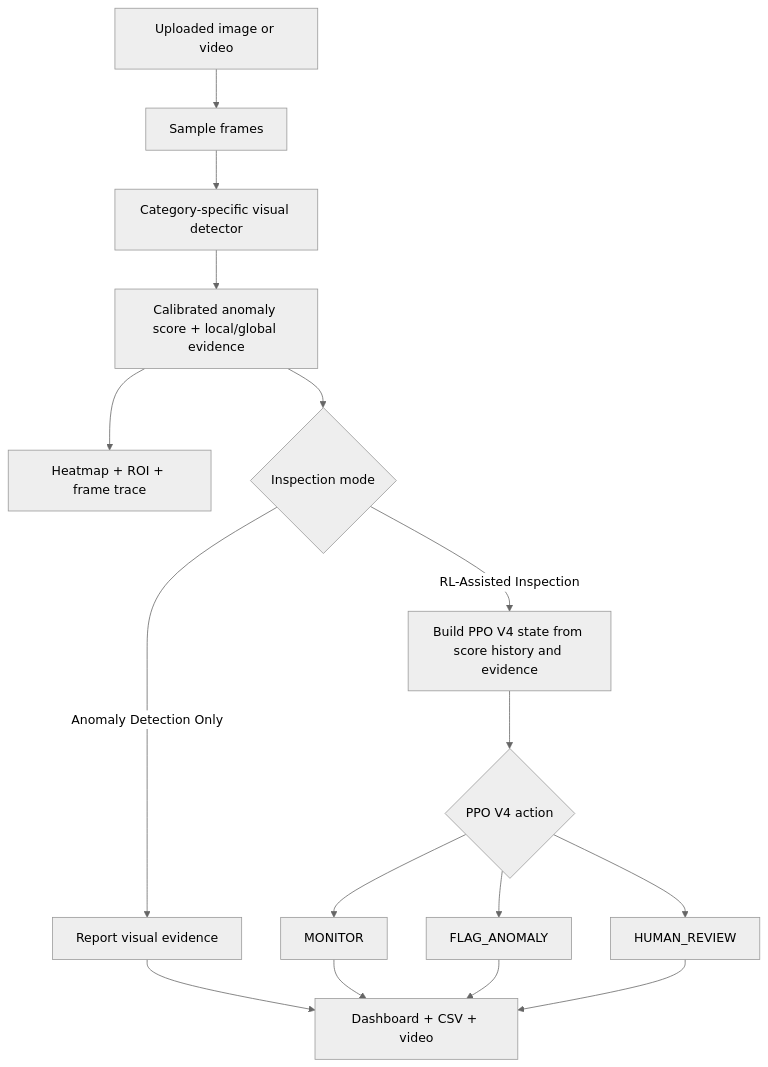
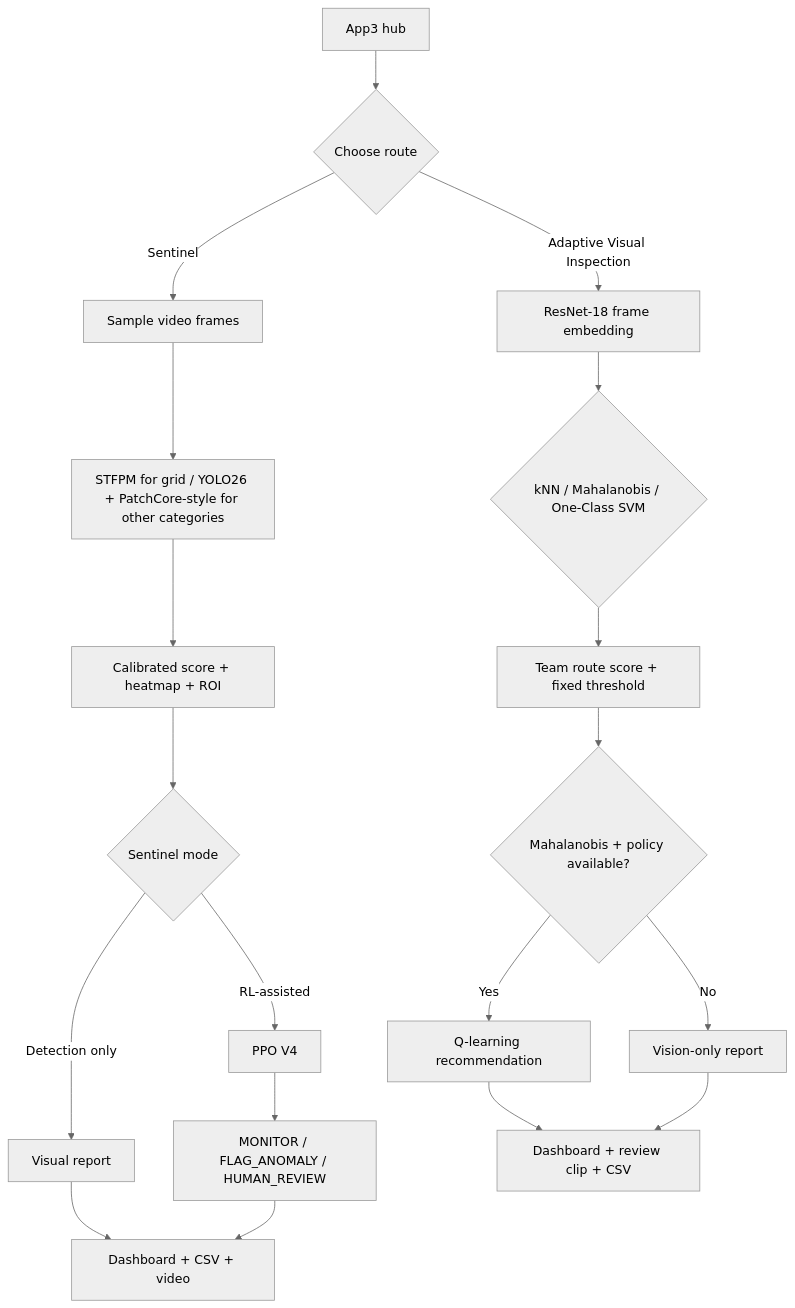
The diagram in README.md (Tej1109/IntegratedProjectSem3), drawn with Mermaid (neutral theme) before and after one commit. The commit also changed other lines of this file, not shown here.

````diff
--- a/README.md
+++ b/README.md
@@ -74,18 +107,21 @@
 ```mermaid
 flowchart TD
-    A[Uploaded image or video] --> B[Sample frames]
-    B --> C[Category-specific visual detector]
-    C --> D[Calibrated anomaly score + local/global evidence]
-    D --> E[Heatmap + ROI + frame trace]
-    D --> F{Inspection mode}
-    F -->|Anomaly Detection Only| G[Report visual evidence]
-    F -->|RL-Assisted Inspection| H[Build PPO V4 state from score history and evidence]
-    H --> I{PPO V4 action}
-    I --> J[MONITOR]
-    I --> K[FLAG_ANOMALY]
-    I --> L[HUMAN_REVIEW]
-    G --> M[Dashboard + CSV + video]
-    J --> M
-    K --> M
-    L --> M
+    A[App3 hub] --> B{Choose route}
+    B -->|Sentinel| C[Sample video frames]
+    C --> D[STFPM for grid / YOLO26 + PatchCore-style for other categories]
+    D --> E[Calibrated score + heatmap + ROI]
+    E --> F{Sentinel mode}
+    F -->|Detection only| G[Visual report]
+    F -->|RL-assisted| H[PPO V4]
+    H --> I[MONITOR / FLAG_ANOMALY / HUMAN_REVIEW]
+    B -->|Adaptive Visual Inspection| J[ResNet-18 frame embedding]
+    J --> K{kNN / Mahalanobis / One-Class SVM}
+    K --> L[Team route score + fixed threshold]
+    L --> M{Mahalanobis + policy available?}
+    M -->|Yes| N[Q-learning recommendation]
+    M -->|No| O[Vision-only report]
+    G --> P[Dashboard + CSV + video]
+    I --> P
+    N --> Q[Dashboard + review clip + CSV]
+    O --> Q
 ```
````
